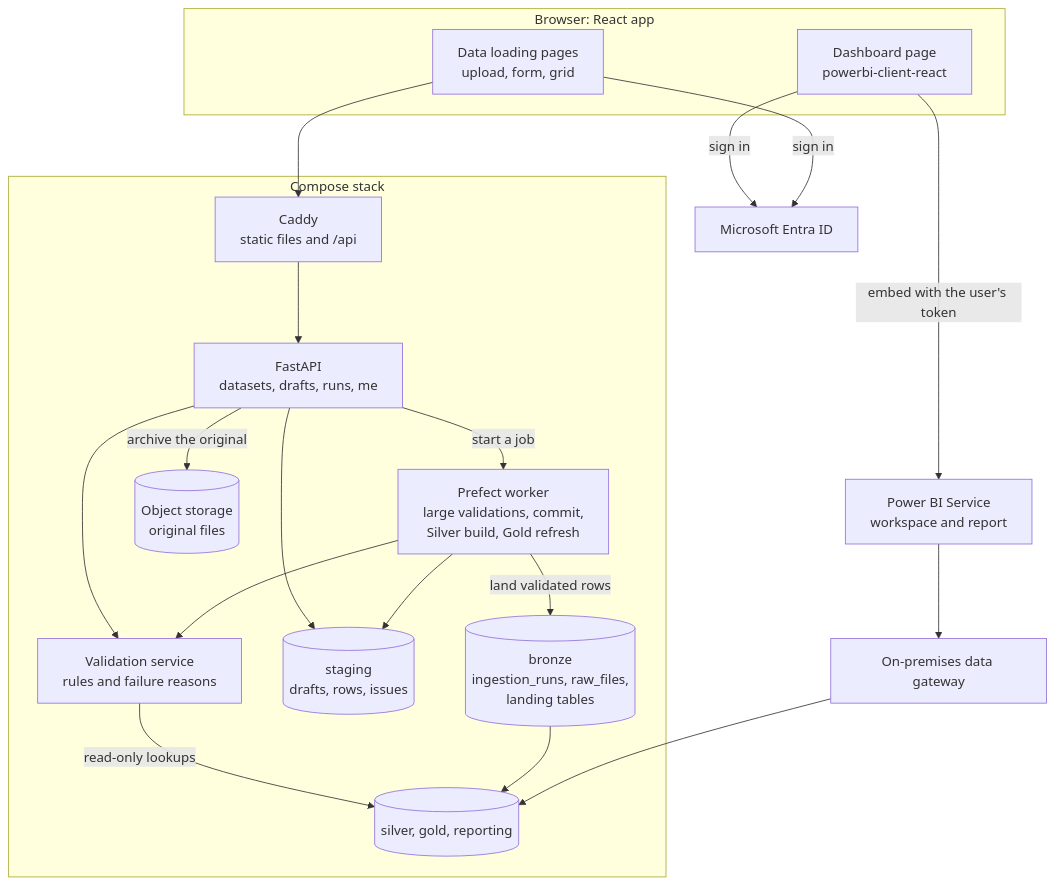
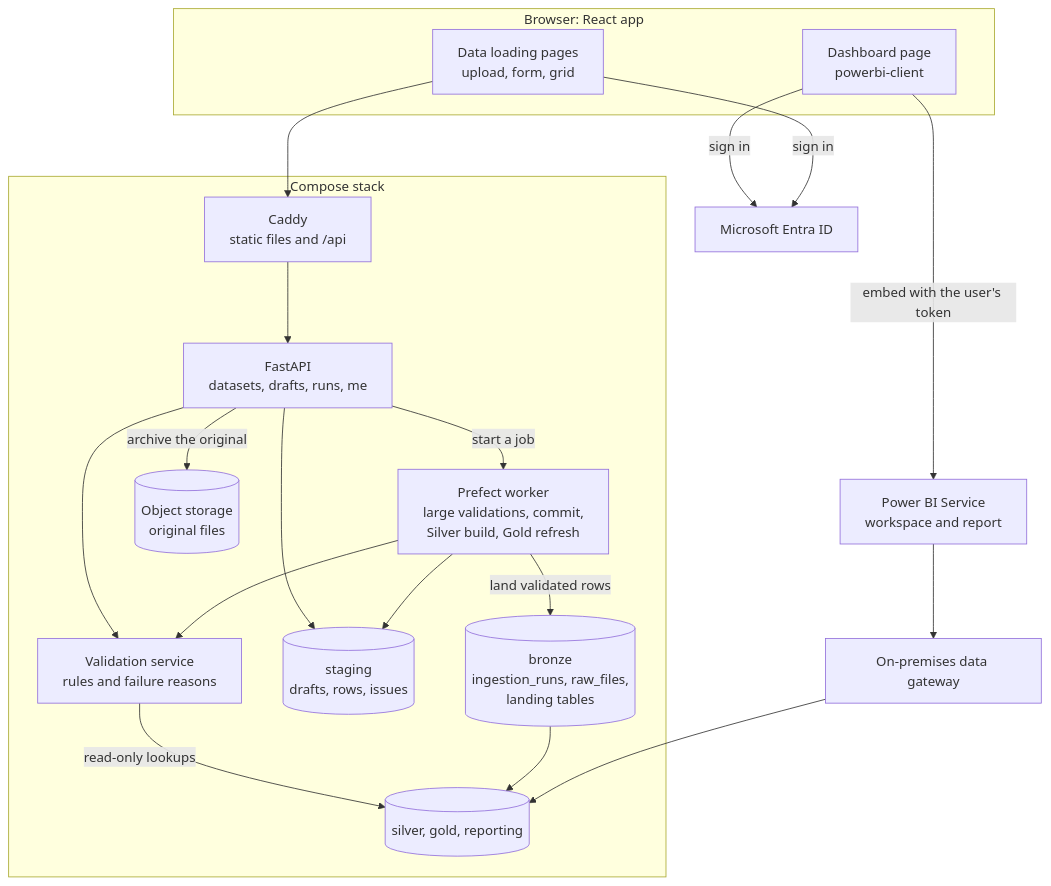
The diagram in docs/frontend-plan.md (juanpablocarrillohortua/clarios_app), drawn with Mermaid before and after one commit. The commit also changed other lines of this file and 43 other files, not shown here.

````diff
--- a/docs/frontend-plan.md
+++ b/docs/frontend-plan.md
@@ -131,38 +136,38 @@
 ```mermaid
 flowchart TB
     subgraph browser["Browser: React app"]
-        DASHP["Dashboard page<br/>powerbi-client-react"]
+        DASHP["Dashboard page<br/>powerbi-client"]
         LOADP["Data loading pages<br/>upload, form, grid"]
     end
 
     ENTRA["Microsoft Entra ID"]
     PBI["Power BI Service<br/>workspace and report"]
 
     subgraph stack["Compose stack"]
         CADDY["Caddy<br/>static files and /api"]
         API["FastAPI<br/>datasets, drafts, runs, me"]
         VAL["Validation service<br/>rules and failure reasons"]
         WORKER["Prefect worker<br/>large validations, commit,<br/>Silver build, Gold refresh"]
         STG[("staging<br/>drafts, rows, issues")]
         MINIO[("Object storage<br/>original files")]
         BRZ[("bronze<br/>ingestion_runs, raw_files,<br/>landing tables")]
         SG[("silver, gold, reporting")]
     end
 
     GW["On-premises data gateway"]
 
     DASHP -->|"sign in"| ENTRA
     LOADP -->|"sign in"| ENTRA
     DASHP -->|"embed with the user's token"| PBI
     LOADP --> CADDY --> API
     API --> VAL
     API --> STG
     API -->|"archive the original"| MINIO
     API -->|"start a job"| WORKER
     WORKER --> VAL
     WORKER --> STG
     VAL -->|"read-only lookups"| SG
     WORKER -->|"land validated rows"| BRZ
     BRZ --> SG
     PBI --> GW --> SG
 ```
````
